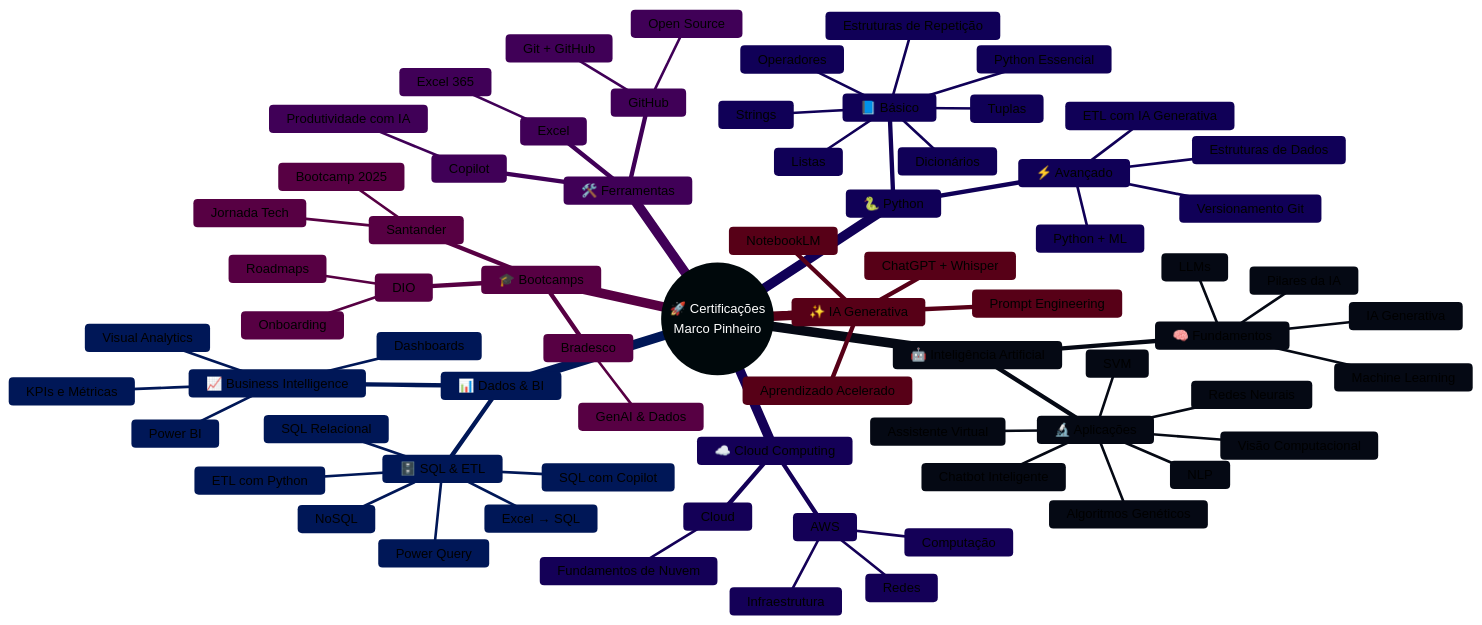
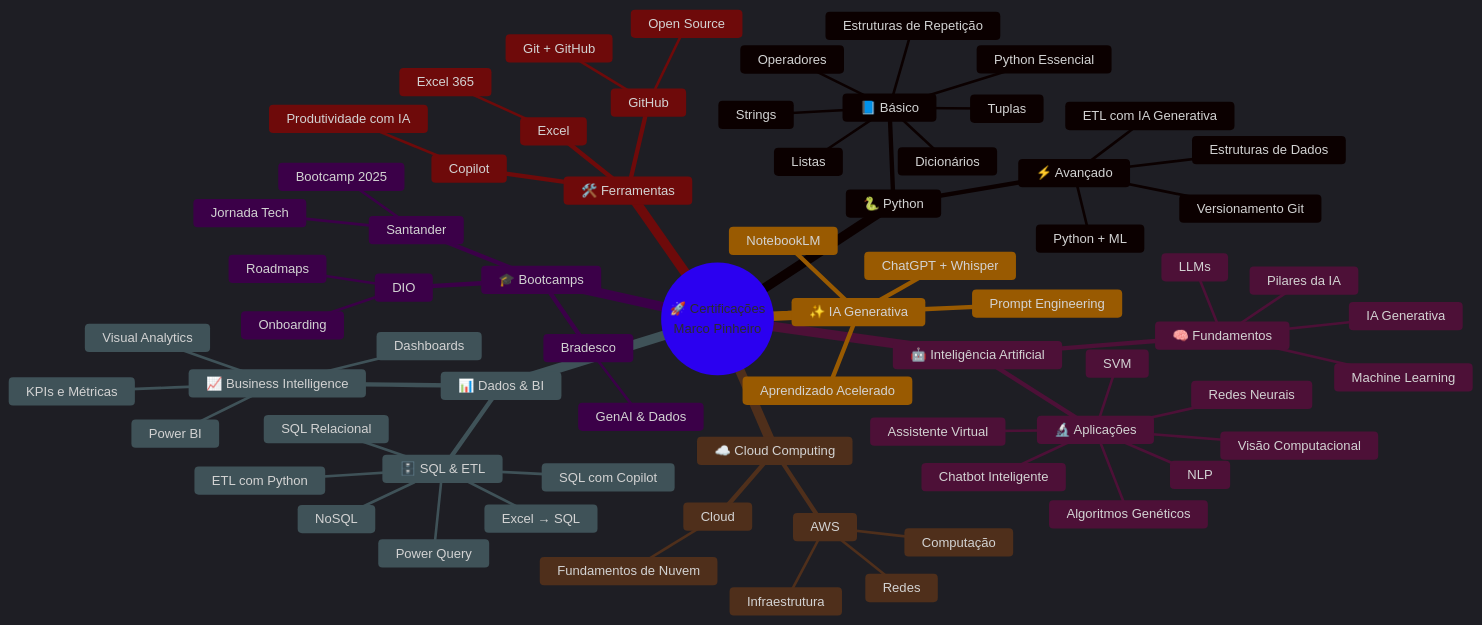
The diagram in README.md (marco-dev-pinheiro/marco-dev-pinheiro), drawn with Mermaid before and after one commit.

````diff
--- a/README.md
+++ b/README.md
@@ -9,7 +9,7 @@
 ```mermaid
 
 %%{init: {
-  "theme": "forest",
+  "theme": "dark",
   "themeVariables": {
     "background": "#560085",
 
````
